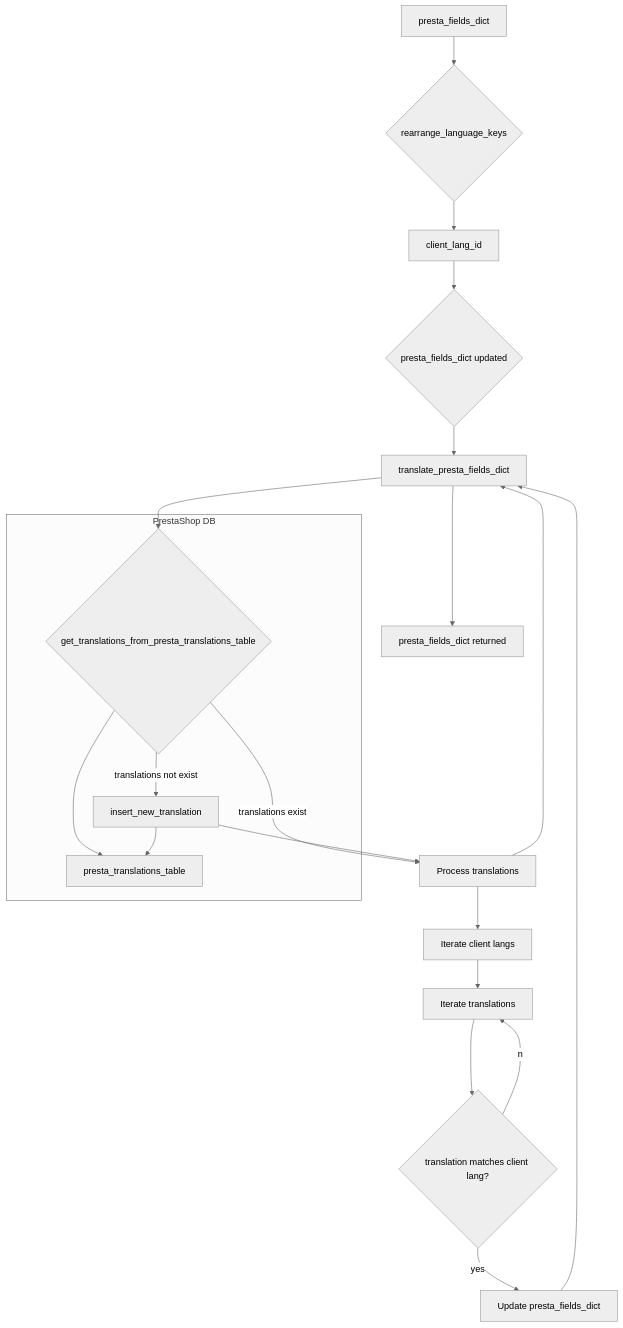
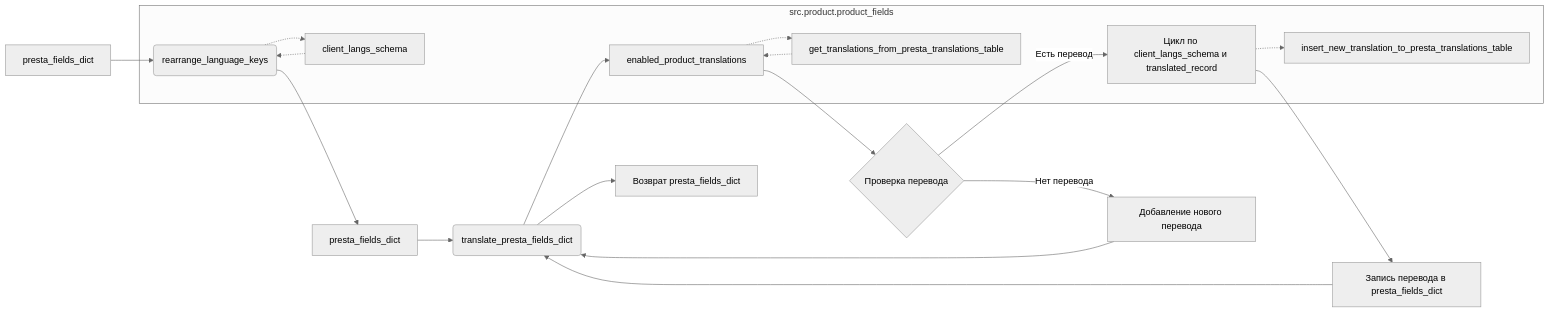
The diagram in docs/gemini/ru/explainer/src/product/product_fields/product_fields_translator.md (hypo69/hypo), drawn with Mermaid (neutral theme) before and after one commit. The commit also changed other lines of this file and 468 other files, not shown here.

````diff
--- a/docs/gemini/ru/explainer/src/product/product_fields/product_fields_translator.md
+++ b/docs/gemini/ru/explainer/src/product/product_fields/product_fields_translator.md
@@ -125,23 +173,22 @@
 ```mermaid
-graph TD
-    A[presta_fields_dict] --> B{rearrange_language_keys};
-    B --> C[client_lang_id];
-    C --> D{presta_fields_dict updated};
-    D --> E[translate_presta_fields_dict];
-    E --> F{get_translations_from_presta_translations_table};
-    F --translations exist--> G[Process translations];
-    F --translations not exist--> H[insert_new_translation];
-    G --> I[Iterate client langs];
-    I --> J[Iterate translations];
-    J --> K{translation matches client lang?};
-    K --yes--> L[Update presta_fields_dict];
-    K --no--> J;
-    L --> E;
-    H --> G;
-    G --> E;
-    E --> M[presta_fields_dict returned];
-    subgraph PrestaShop DB
-        F --> N[presta_translations_table];
-        H --> N;
+graph LR
+    A[presta_fields_dict] --> B(rearrange_language_keys);
+    B --> C[presta_fields_dict];
+    C --> D(translate_presta_fields_dict);
+    D --> E[enabled_product_translations];
+    E --> F{Проверка перевода};
+    F -- Есть перевод --> G[Цикл по client_langs_schema и translated_record];
+    F -- Нет перевода --> H[Добавление нового перевода];
+    G --> I[Запись перевода в presta_fields_dict];
+    H --> D;
+    I --> D;
+    D --> J[Возврат presta_fields_dict];
+    
+    subgraph "src.product.product_fields"
+        B -.-> K[client_langs_schema];
+        K -.-> B;
+        E -.-> L[get_translations_from_presta_translations_table];
+        L -.-> E;
+        G -.-> M[insert_new_translation_to_presta_translations_table];
     end
 ```
````
